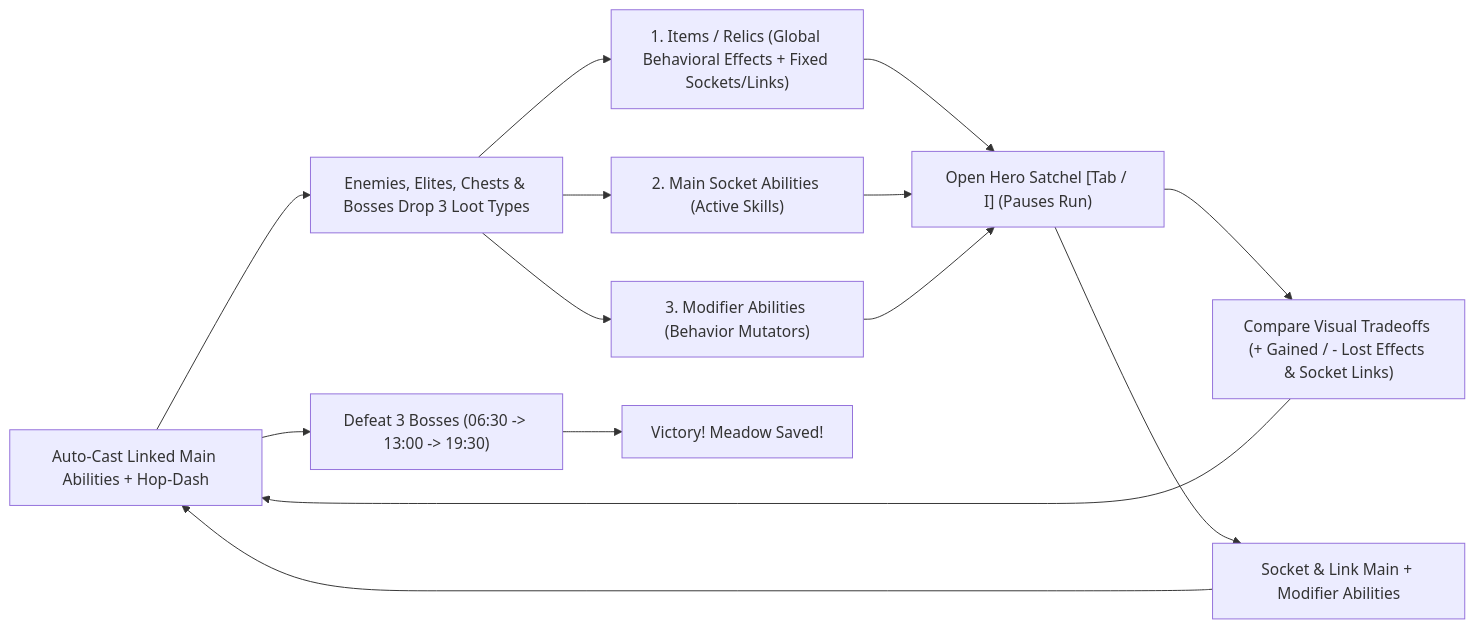
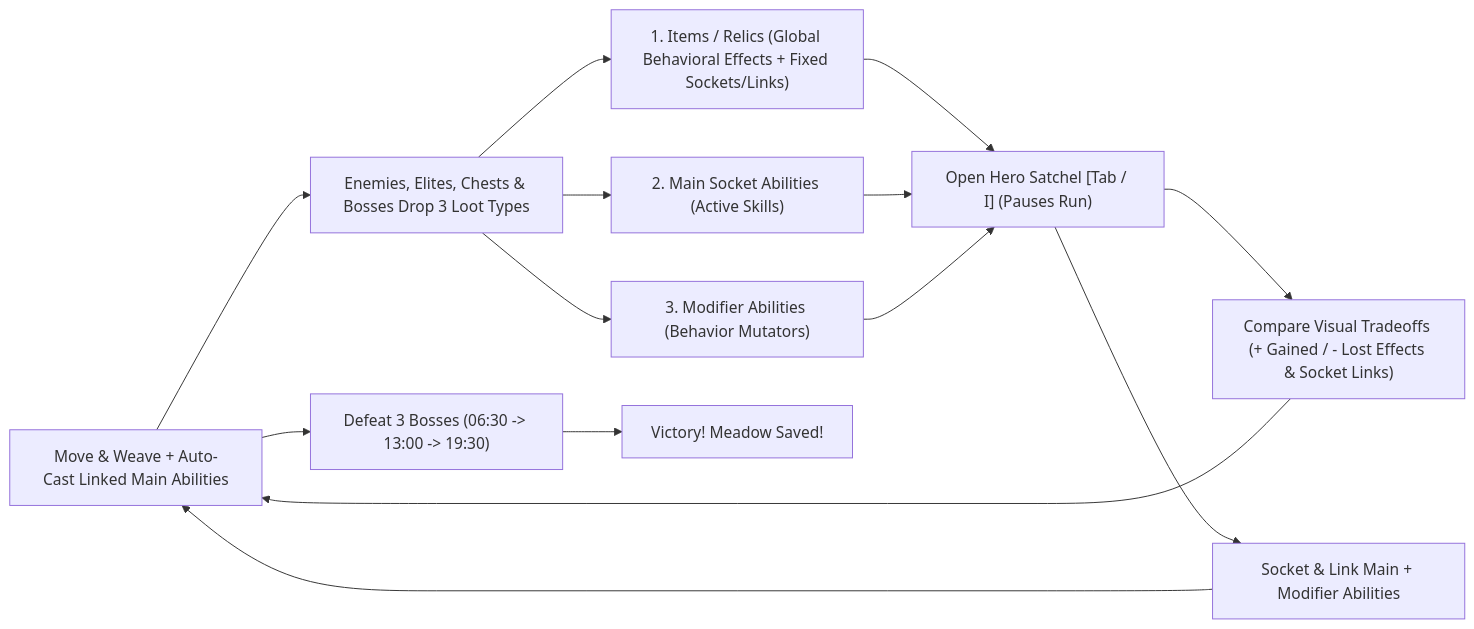
The diagram in docs/GAME_DESIGN_DOCUMENT.md (normandra/paw-and-prism), drawn with Mermaid before and after one commit. The commit also changed other lines of this file and 19 other files, not shown here.

````diff
--- a/docs/GAME_DESIGN_DOCUMENT.md
+++ b/docs/GAME_DESIGN_DOCUMENT.md
@@ -36,16 +36,16 @@
 ```mermaid
 flowchart LR
-    K["Auto-Cast Linked Main Abilities + Hop-Dash"] --> D["Enemies, Elites, Chests & Bosses Drop 3 Loot Types"]
+    K["Move & Weave + Auto-Cast Linked Main Abilities"] --> D["Enemies, Elites, Chests & Bosses Drop 3 Loot Types"]
     D --> L1["1. Items / Relics (Global Behavioral Effects + Fixed Sockets/Links)"]
     D --> L2["2. Main Socket Abilities (Active Skills)"]
     D --> L3["3. Modifier Abilities (Behavior Mutators)"]
     L1 --> B["Open Hero Satchel [Tab / I] (Pauses Run)"]
     L2 --> B
     L3 --> B
     B --> T["Compare Visual Tradeoffs (+ Gained / - Lost Effects & Socket Links)"]
     B --> S["Socket & Link Main + Modifier Abilities"]
     T --> K
     S --> K
     K --> BO["Defeat 3 Bosses (06:30 -> 13:00 -> 19:30)"]
     BO --> V["Victory! Meadow Saved!"]
 ```
````
